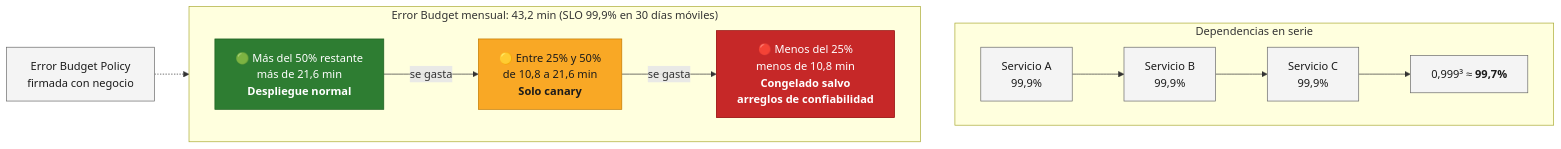
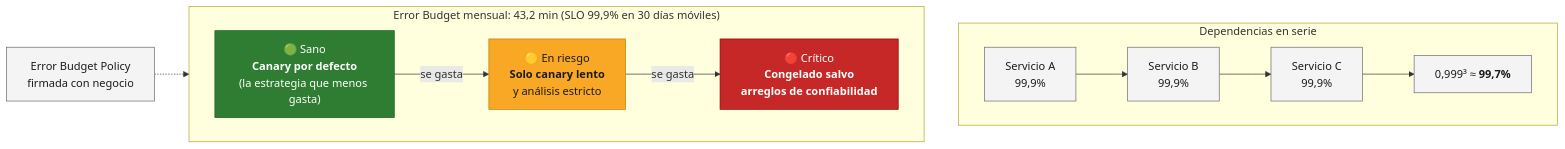
The third of 12 diagrams in devops-senior/temas/25-davivienda-sre-observabilidad/presentacion-libreto.md (locosebas/necesidadesYGrafos), drawn with Mermaid before and after one commit. The commit also changed other lines of this file and 2 other files, not shown here.

Commit message:
D4: Error Budget Policy de conservación (canary por defecto, zonas sin porcentajes inventados)

````diff
--- a/devops-senior/temas/25-davivienda-sre-observabilidad/presentacion-libreto.md
+++ b/devops-senior/temas/25-davivienda-sre-observabilidad/presentacion-libreto.md
@@ -178,27 +179,27 @@
 ```mermaid
 flowchart LR
     subgraph eb["Error Budget mensual: 43,2 min (SLO 99,9% en 30 días móviles)"]
         direction LR
-        verde["🟢 Más del 50% restante<br/>más de 21,6 min<br/><b>Despliegue normal</b>"]
-        amarillo["🟡 Entre 25% y 50%<br/>de 10,8 a 21,6 min<br/><b>Solo canary</b>"]
-        rojo["🔴 Menos del 25%<br/>menos de 10,8 min<br/><b>Congelado salvo<br/>arreglos de confiabilidad</b>"]
+        verde["🟢 Sano<br/><b>Canary por defecto</b><br/>(la estrategia que menos gasta)"]
+        amarillo["🟡 En riesgo<br/><b>Solo canary lento</b><br/>y análisis estricto"]
+        rojo["🔴 Crítico<br/><b>Congelado salvo<br/>arreglos de confiabilidad</b>"]
         verde -- "se gasta" --> amarillo -- "se gasta" --> rojo
     end
 
     subgraph serie["Dependencias en serie"]
         direction LR
         s1["Servicio A<br/>99,9%"] --> s2["Servicio B<br/>99,9%"] --> s3["Servicio C<br/>99,9%"] --> total["0,999³ ≈ <b>99,7%</b>"]
     end
 
     politica["Error Budget Policy<br/>firmada con negocio"] -.-> eb
     eb ~~~ serie
 
     classDef ok fill:#2e7d32,stroke:#1b5e20,color:#ffffff
     classDef warn fill:#f9a825,stroke:#c17900,color:#1b1b1b
     classDef bad fill:#c62828,stroke:#8e0000,color:#ffffff
     classDef nota fill:#f4f4f4,stroke:#6b6b6b,color:#1b1b1b
     class verde ok
     class amarillo warn
     class rojo bad
     class s1,s2,s3,total,politica nota
 ```
````
